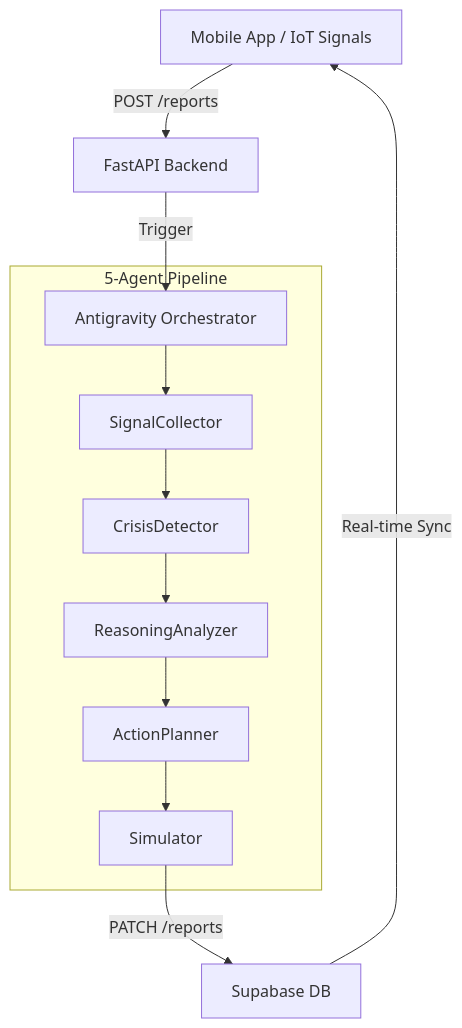
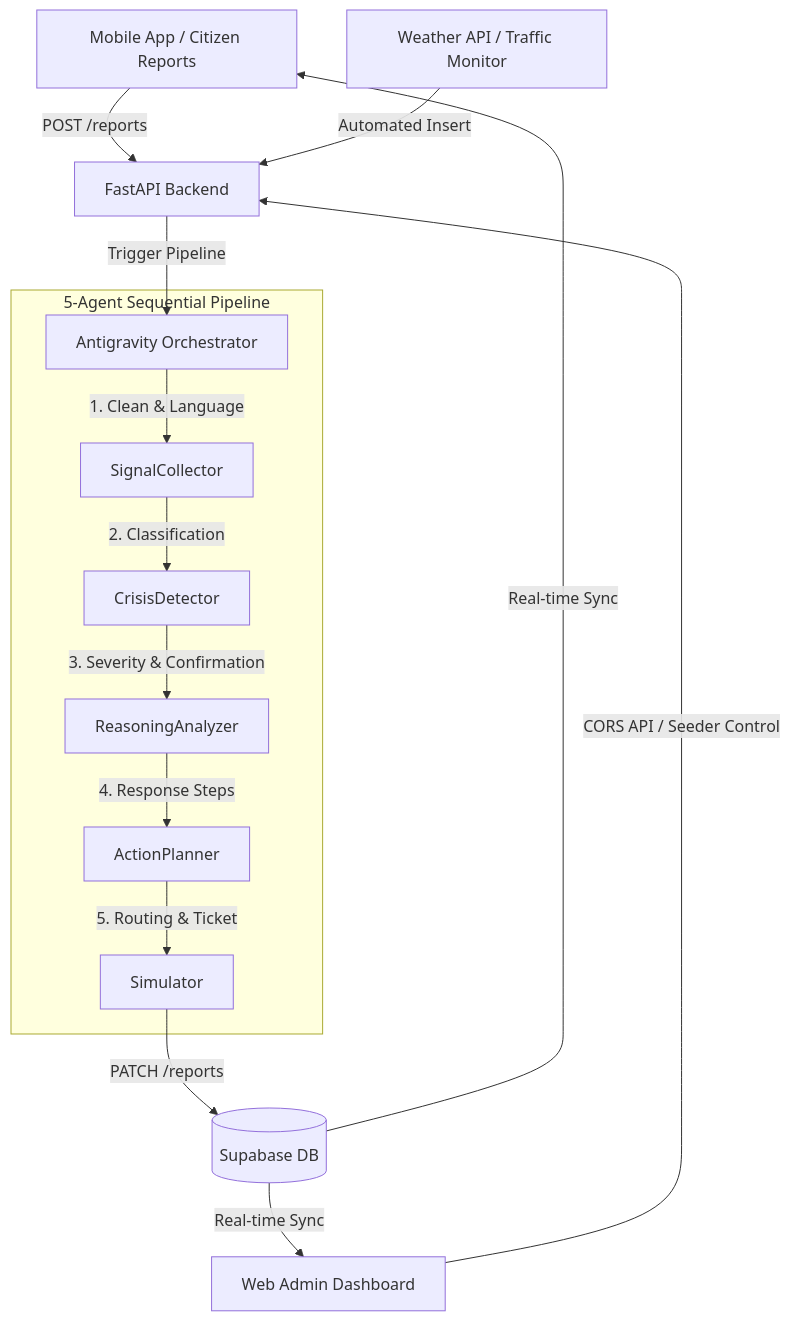
Before and after one commit to Ahsan361/Crisis-Intelligence-Response-Orchestrator: the diagram in README.md, drawn with Mermaid. The commit also changed other lines of this file and 50 other files, not shown here.

Commit message:
web dashboard & app logo fix

````diff
--- a/README.md
+++ b/README.md
@@ -27,14 +29,19 @@
 ```mermaid
 graph TD
-    A[Mobile App / IoT Signals] -->|POST /reports| B[FastAPI Backend]
-    B -->|Trigger| C[Antigravity Orchestrator]
-    subgraph "5-Agent Pipeline"
-        C --> D[SignalCollector]
-        D --> E[CrisisDetector]
-        E --> F[ReasoningAnalyzer]
-        F --> G[ActionPlanner]
-        G --> H[Simulator]
+    A[Mobile App / Citizen Reports] -->|POST /reports| B[FastAPI Backend]
+    W[Weather API / Traffic Monitor] -->|Automated Insert| B
+    D[Web Admin Dashboard] -->|CORS API / Seeder Control| B
+    B -->|Trigger Pipeline| C[Antigravity Orchestrator]
+    
+    subgraph "5-Agent Sequential Pipeline"
+        C -->|1. Clean & Language| S[SignalCollector]
+        S -->|2. Classification| CD[CrisisDetector]
+        CD -->|3. Severity & Confirmation| RA[ReasoningAnalyzer]
+        RA -->|4. Response Steps| AP[ActionPlanner]
+        AP -->|5. Routing & Ticket| SIM[Simulator]
     end
-    H -->|PATCH /reports| I[Supabase DB]
-    I -->|Real-time Sync| A
+    
+    SIM -->|PATCH /reports| DB[(Supabase DB)]
+    DB -->|Real-time Sync| A
+    DB -->|Real-time Sync| D
 ```
````
